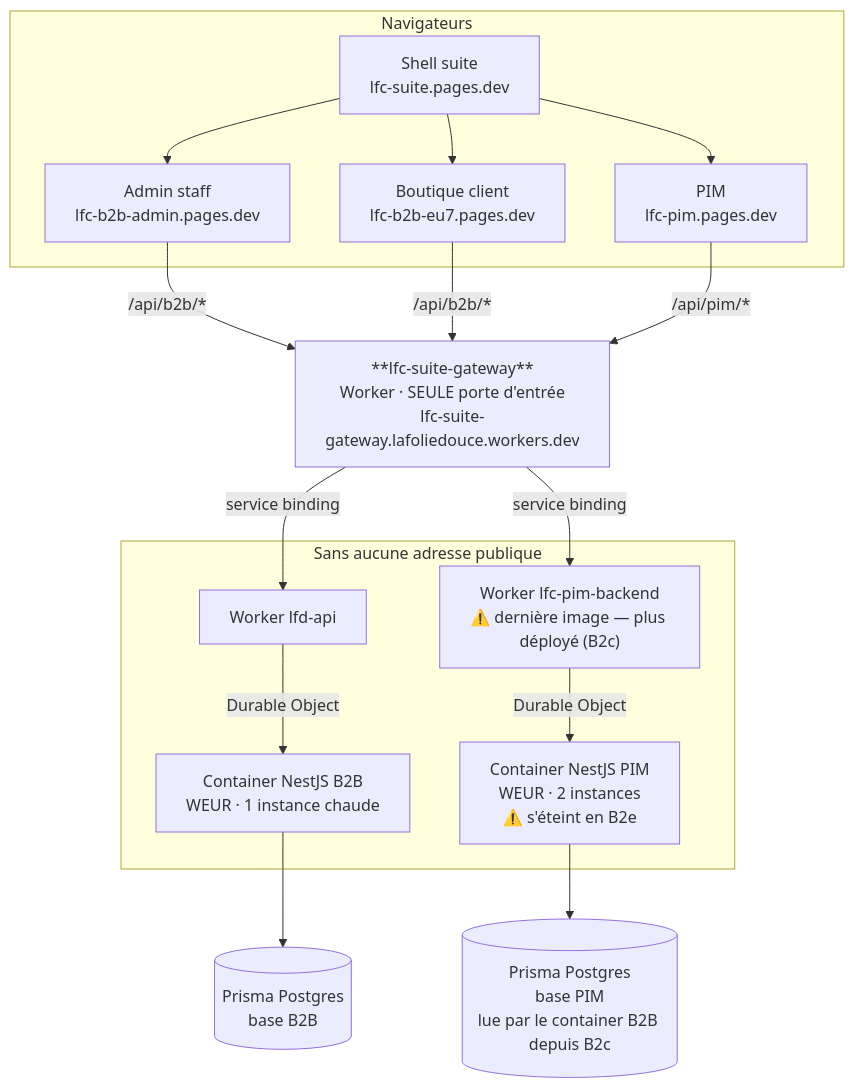
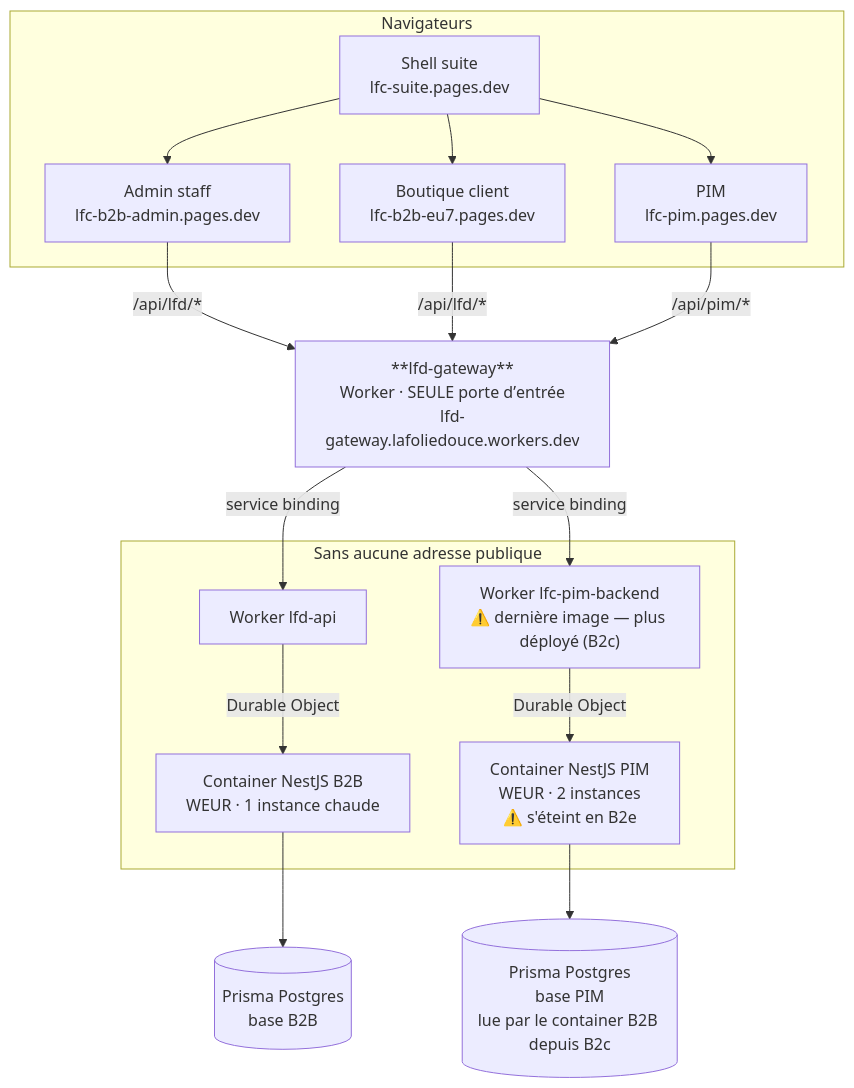
The first of 3 diagrams in documentation/ops/architecture-deploiement.md (hugoheynard/lfd), drawn with Mermaid before and after one commit. The commit also changed other lines of this file and 5 other files, not shown here.

````diff
--- a/documentation/ops/architecture-deploiement.md
+++ b/documentation/ops/architecture-deploiement.md
@@ -11,33 +11,33 @@
 ```mermaid
 flowchart TB
     subgraph nav["Navigateurs"]
         A["Admin staff<br/>lfc-b2b-admin.pages.dev"]
         B["Boutique client<br/>lfc-b2b-eu7.pages.dev"]
         P["PIM<br/>lfc-pim.pages.dev"]
         S["Shell suite<br/>lfc-suite.pages.dev"]
     end
 
-    GW["**lfc-suite-gateway**<br/>Worker · SEULE porte d'entrée<br/>lfc-suite-gateway.lafoliedouce.workers.dev"]
+    GW["**lfd-gateway**<br/>Worker · SEULE porte dʼentrée<br/>lfd-gateway.lafoliedouce.workers.dev"]
 
     subgraph prive["Sans aucune adresse publique"]
         WB["Worker lfd-api"]
         WP["Worker lfc-pim-backend<br/>⚠️ dernière image — plus déployé (B2c)"]
         CB["Container NestJS B2B<br/>WEUR · 1 instance chaude"]
         CP["Container NestJS PIM<br/>WEUR · 2 instances<br/>⚠️ s'éteint en B2e"]
     end
 
     DBB[("Prisma Postgres<br/>base B2B")]
     DBP[("Prisma Postgres<br/>base PIM<br/>lue par le container B2B depuis B2c")]
 
-    A -->|"/api/b2b/*"| GW
-    B -->|"/api/b2b/*"| GW
+    A -->|"/api/lfd/*"| GW
+    B -->|"/api/lfd/*"| GW
     P -->|"/api/pim/*"| GW
     S --> A & B & P
 
     GW -->|service binding| WB
     GW -->|service binding| WP
     WB -->|Durable Object| CB
     WP -->|Durable Object| CP
     CB --> DBB
     CP --> DBP
 ```
````
